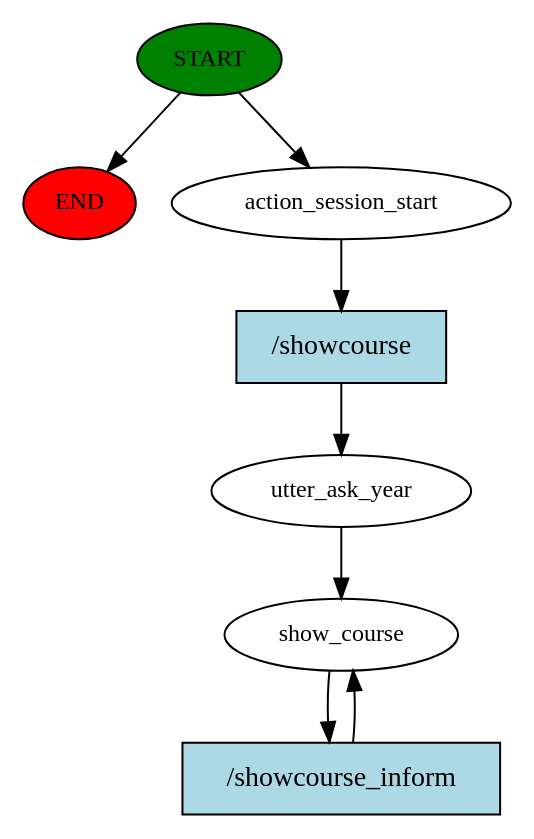
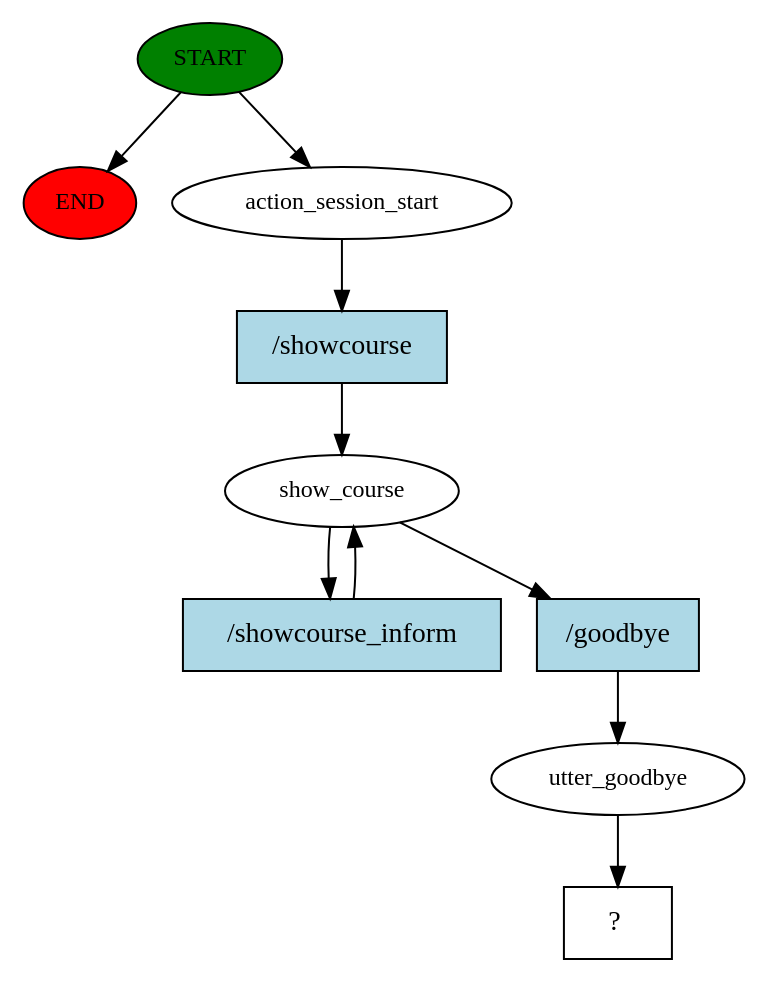
The diagram in story_graph.dot (ReOl6/RASA-GPT), drawn with Graphviz before and after one commit. The commit also changed 69 other files, not shown here.

```diff
--- a/story_graph.dot
+++ b/story_graph.dot
@@ -1,16 +1,20 @@
 digraph  {
 0 [class="start active", fillcolor=green, fontsize=12, label=START, style=filled];
 "-1" [class=end, fillcolor=red, fontsize=12, label=END, style=filled];
 1 [class=active, fontsize=12, label=action_session_start];
-2 [class=active, fontsize=12, label=utter_ask_year];
-3 [class="active dashed", fontsize=12, label=show_course];
-5 [class="intent active", fillcolor=lightblue, label="/showcourse", shape=rect, style=filled];
-6 [class="intent active", fillcolor=lightblue, label="/showcourse_inform", shape=rect, style=filled];
+2 [class=active, fontsize=12, label=show_course];
+5 [class=active, fontsize=12, label=utter_goodbye];
+6 [class="intent dashed active", label="  ?  ", shape=rect];
+7 [class="intent active", fillcolor=lightblue, label="/showcourse", shape=rect, style=filled];
+8 [class="intent active", fillcolor=lightblue, label="/showcourse_inform", shape=rect, style=filled];
+9 [class="intent active", fillcolor=lightblue, label="/goodbye", shape=rect, style=filled];
 0 -> "-1"  [class="", key=NONE, label=""];
 0 -> 1  [class=active, key=NONE, label=""];
-1 -> 5  [class=active, key=0];
-2 -> 3  [class=active, key=NONE, label=""];
-3 -> 6  [class=active, key=0];
-5 -> 2  [class=active, key=0];
-6 -> 3  [class=active, key=0];
+1 -> 7  [class=active, key=0];
+2 -> 8  [class=active, key=0];
+2 -> 9  [class=active, key=0];
+5 -> 6  [class=active, key=NONE, label=""];
+7 -> 2  [class=active, key=0];
+8 -> 2  [class=active, key=0];
+9 -> 5  [class=active, key=0];
 }
```
